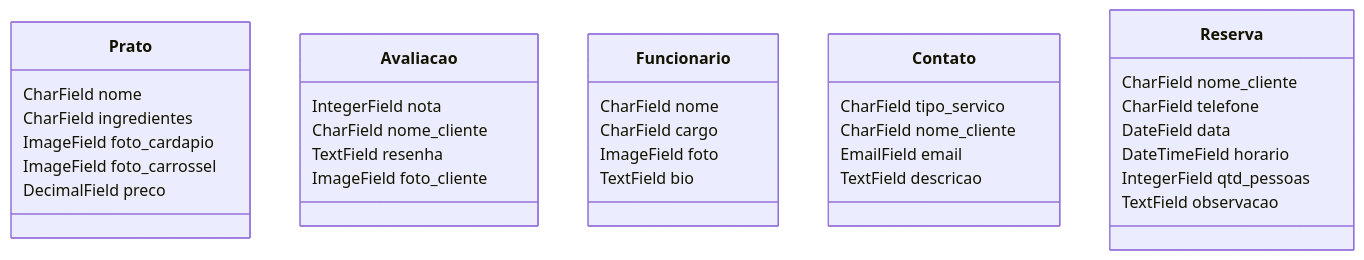
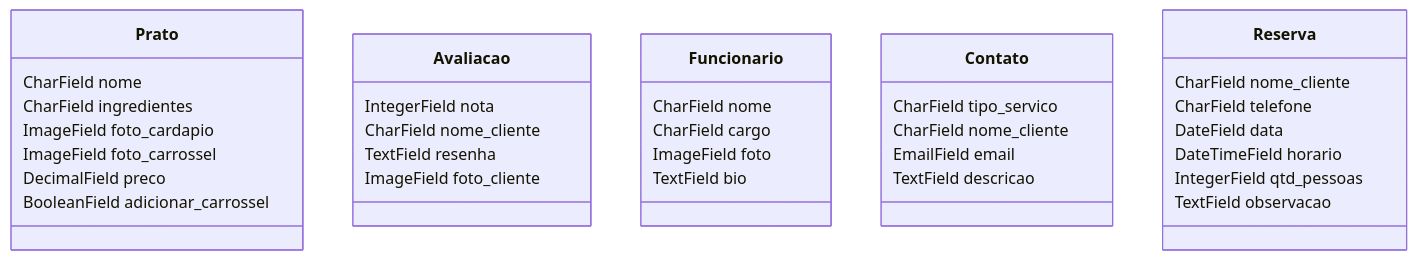
The diagram in diagramas/diagramas.mmd (fabriciomj/desafio-squad4-back), drawn with Mermaid before and after one commit.

Commit message:
Adiciona uma flag para adicionar prato ao carrossel

```diff
--- a/diagramas/diagramas.mmd
+++ b/diagramas/diagramas.mmd
@@ -1,34 +1,35 @@
 classDiagram
     class Prato{
       CharField nome
       CharField ingredientes
       ImageField foto_cardapio
       ImageField foto_carrossel
       DecimalField preco
+      BooleanField adicionar_carrossel
     }
     class Avaliacao{
       IntegerField nota
       CharField nome_cliente
       TextField resenha
       ImageField foto_cliente
     }
     class Funcionario{
       CharField nome
       CharField cargo
       ImageField foto
       TextField bio
     }
     class Contato{
       CharField tipo_servico
       CharField nome_cliente
       EmailField email
       TextField descricao
     }
     class Reserva {
       CharField nome_cliente
       CharField telefone
       DateField data
       DateTimeField horario
       IntegerField qtd_pessoas
       TextField observacao
     }
```
